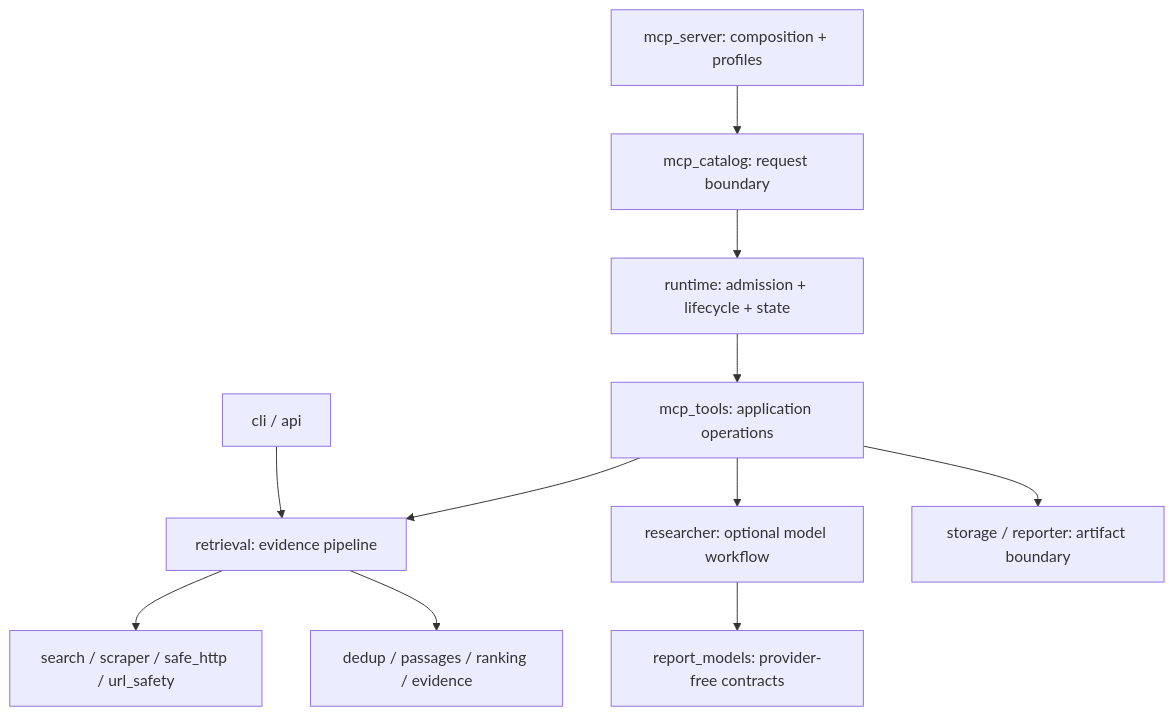
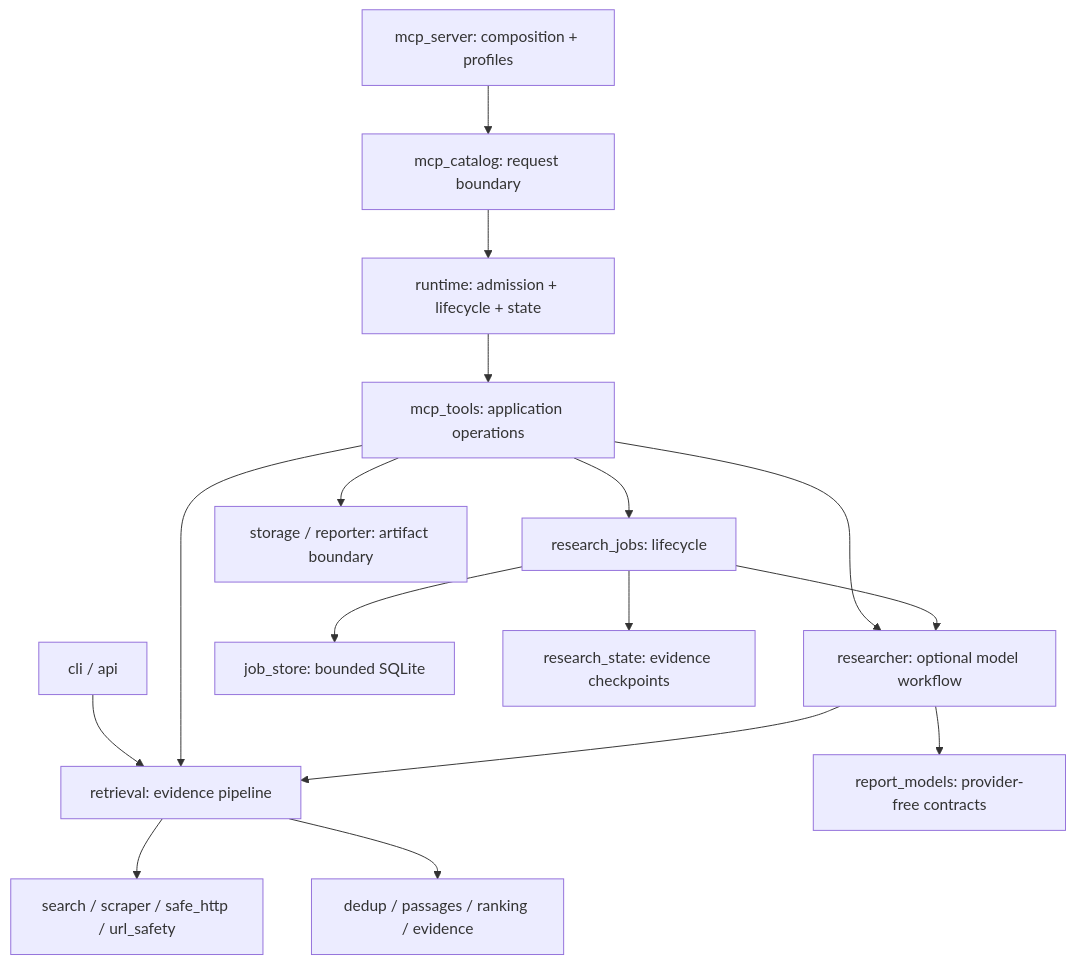
Before and after one commit to chriswu727/sibyl: the diagram in docs/MCP_ARCHITECTURE.md, drawn with Mermaid. The commit also changed other lines of this file and 37 other files, not shown here.

Commit message:
feat: add persistent evidence-backed research workflows (#19)

````diff
--- a/docs/MCP_ARCHITECTURE.md
+++ b/docs/MCP_ARCHITECTURE.md
@@ -10,13 +10,18 @@
 ```mermaid
 flowchart TD
     MCP[mcp_server: composition + profiles] --> CAT[mcp_catalog: request boundary]
     CAT --> RT[runtime: admission + lifecycle + state]
     RT --> TOOLS[mcp_tools: application operations]
     CLI[cli / api] --> RET[retrieval: evidence pipeline]
     TOOLS --> RET
     RET --> NET[search / scraper / safe_http / url_safety]
     RET --> PURE[dedup / passages / ranking / evidence]
     TOOLS --> OPT[researcher: optional model workflow]
+    TOOLS --> JOB[research_jobs: lifecycle]
+    JOB --> DB[job_store: bounded SQLite]
+    JOB --> STATE[research_state: evidence checkpoints]
+    JOB --> OPT
+    OPT --> RET
     OPT --> MODELS[report_models: provider-free contracts]
     TOOLS --> STORE[storage / reporter: artifact boundary]
 ```
````
